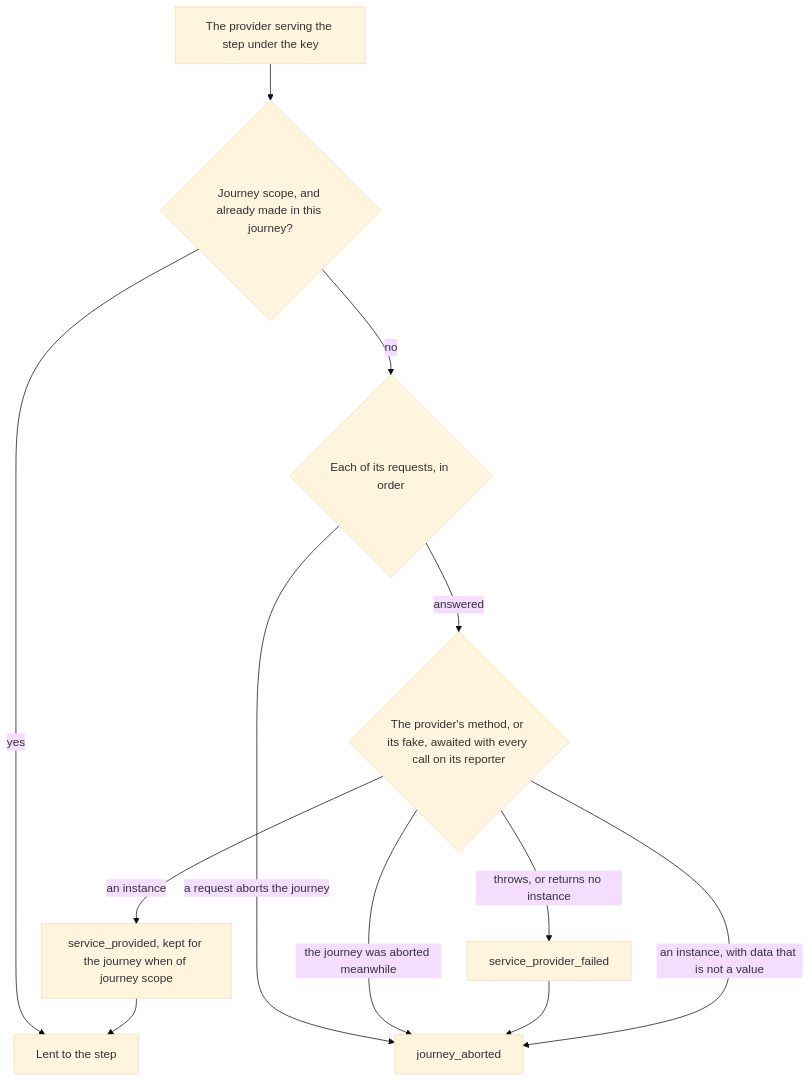
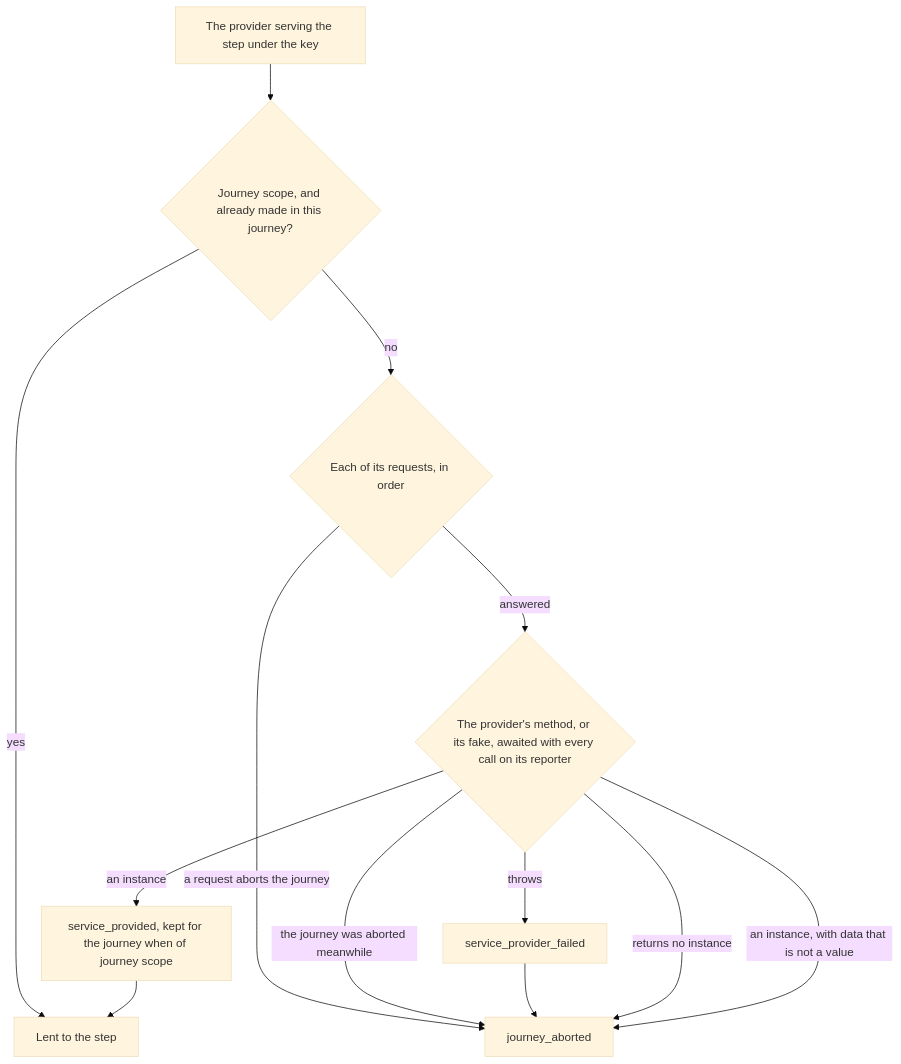
One commit to itinera-dev/itinera-ts changed the ninth of 12 diagrams in docs/architecture.md. Above: the diagram before and after it, drawn with Mermaid (base theme). The commit also changed other lines of this file and 57 other files, not shown here.

````diff
--- a/docs/architecture.md
+++ b/docs/architecture.md
@@ -302,16 +303,17 @@
 ```mermaid
 flowchart TD
     accTitle: How the engine lends a step a service
-    accDescr: For each service the step's run requests, in order, the engine finds the provider serving the step under its key. A provider of journey scope that already made an instance in this journey lends it again, with no event. Otherwise the engine answers the provider's requests in order, from the journey, the data bag or the attempt, lending it a provider reporter of its own when it requests one, and a request that aborts the journey stops there, before the provider is called. It calls the provider's method, or the fake a test gave the instance in its place, and awaits it and every call it made on its reporter, then closes the reporter. A journey aborted meanwhile stands. A provider that throws, or returns what this.provide does not make, emits service_provider_failed and aborts the journey with step could not be built. Data that is not a value aborts it with not a value, with no service event. Otherwise the engine emits service_provided, naming the implementation and carrying the data, keeps the instance for the journey when the provider is of journey scope, and lends it to the step's run, in the place it requests it. Once the journey ends, it lets go of every instance it kept.
+    accDescr: For each service the step's run requests, in order, the engine finds the provider serving the step under its key. A provider of journey scope that already made an instance in this journey lends it again, with no event. Otherwise the engine answers the provider's requests in order, from the journey, the data bag or the attempt, lending it a provider reporter of its own when it requests one, and a request that aborts the journey stops there, before the provider is called. It calls the provider's method, or the fake a test gave the instance in its place, and awaits it and every call it made on its reporter, then closes the reporter. A journey aborted meanwhile stands. A provider that throws emits service_provider_failed and aborts the journey with step could not be built; one that returns what this.provide does not make aborts it with unexpected result, with no event. Data that is not a value aborts it with not a value, with no service event. Otherwise the engine emits service_provided, naming the implementation and carrying the data, keeps the instance for the journey when the provider is of journey scope, and lends it to the step's run, in the place it requests it. Once the journey ends, it lets go of every instance it kept.
     find["The provider serving the step under the key"] --> kept{"Journey scope, and already made in this journey?"}
     kept -->|"yes"| lent["Lent to the step"]
     kept -->|"no"| answers{"Each of its requests, in order"}
     answers -->|"a request aborts the journey"| aborted["journey_aborted"]
     answers -->|"answered"| method{"The provider's method, or its fake, awaited with every call on its reporter"}
     method -->|"the journey was aborted meanwhile"| aborted
-    method -->|"throws, or returns no instance"| failed["service_provider_failed"]
+    method -->|"throws"| failed["service_provider_failed"]
     failed --> aborted
+    method -->|"returns no instance"| aborted
     method -->|"an instance, with data that is not a value"| aborted
     method -->|"an instance"| provided["service_provided, kept for the journey when of journey scope"]
     provided --> lent
 ```
````
